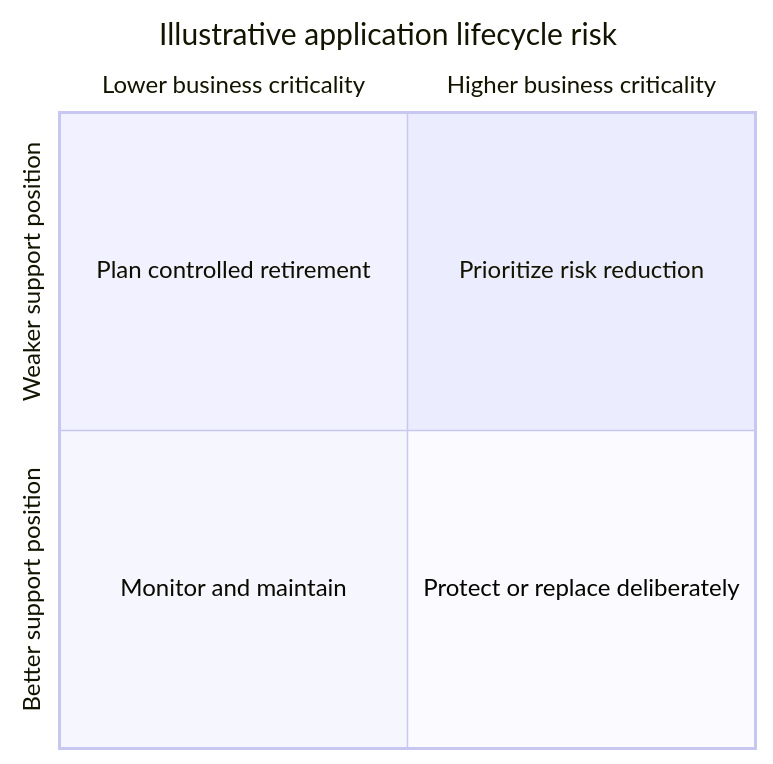
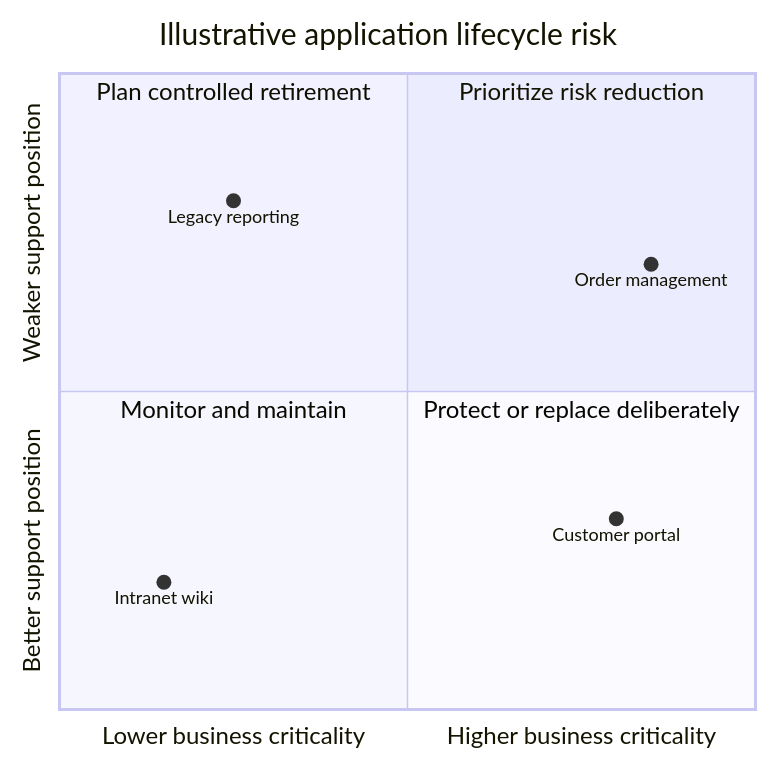
One commit to joydasss/Architect changed the fifth of 10 diagrams in 18_Enterprise_Architecture/CH05_Application_Architecture.md. Above: the diagram before and after it, drawn with Mermaid. The commit also changed other lines of this file and 22 other files, not shown here.

Commit message:
Architecture changes

````diff
--- a/18_Enterprise_Architecture/CH05_Application_Architecture.md
+++ b/18_Enterprise_Architecture/CH05_Application_Architecture.md
@@ -49,10 +259,14 @@
 ```mermaid
 quadrantChart
     title Illustrative application lifecycle risk
     x-axis Lower business criticality --> Higher business criticality
     y-axis Better support position --> Weaker support position
     quadrant-1 Prioritize risk reduction
     quadrant-2 Plan controlled retirement
     quadrant-3 Monitor and maintain
     quadrant-4 Protect or replace deliberately
+    Order management: [0.85, 0.7]
+    Customer portal: [0.8, 0.3]
+    Legacy reporting: [0.25, 0.8]
+    Intranet wiki: [0.15, 0.2]
 ```
````
